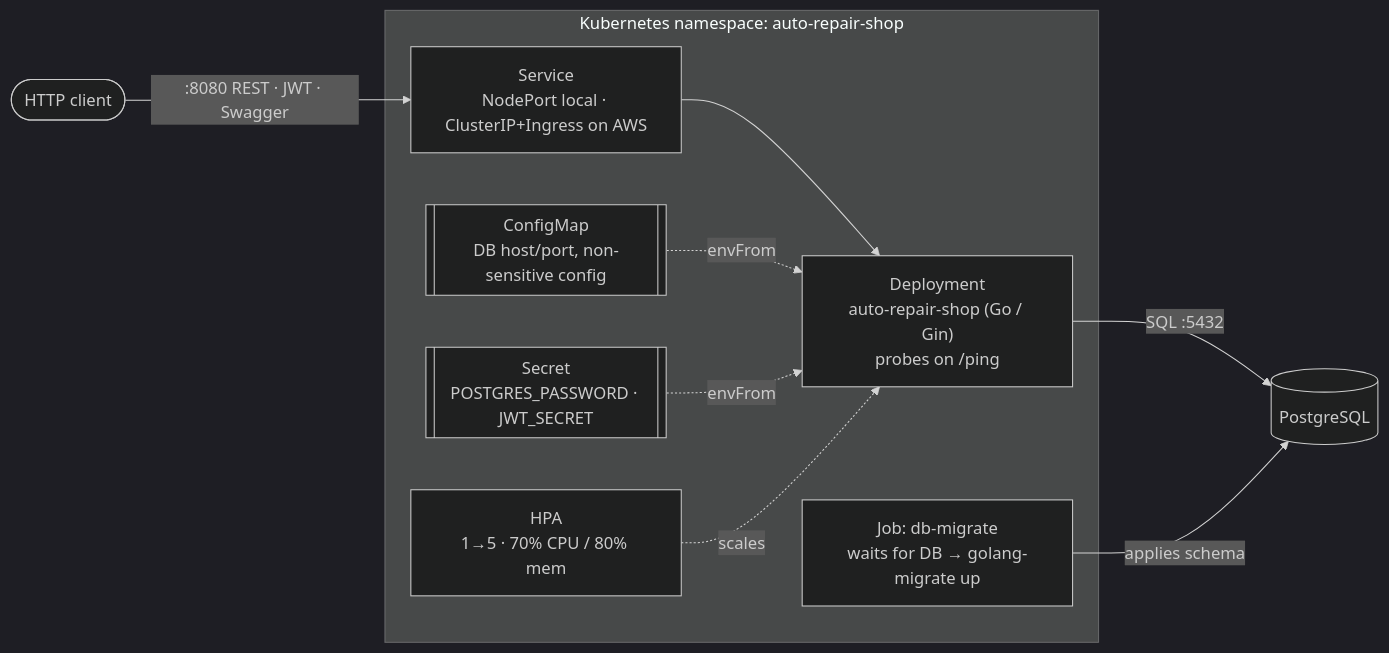
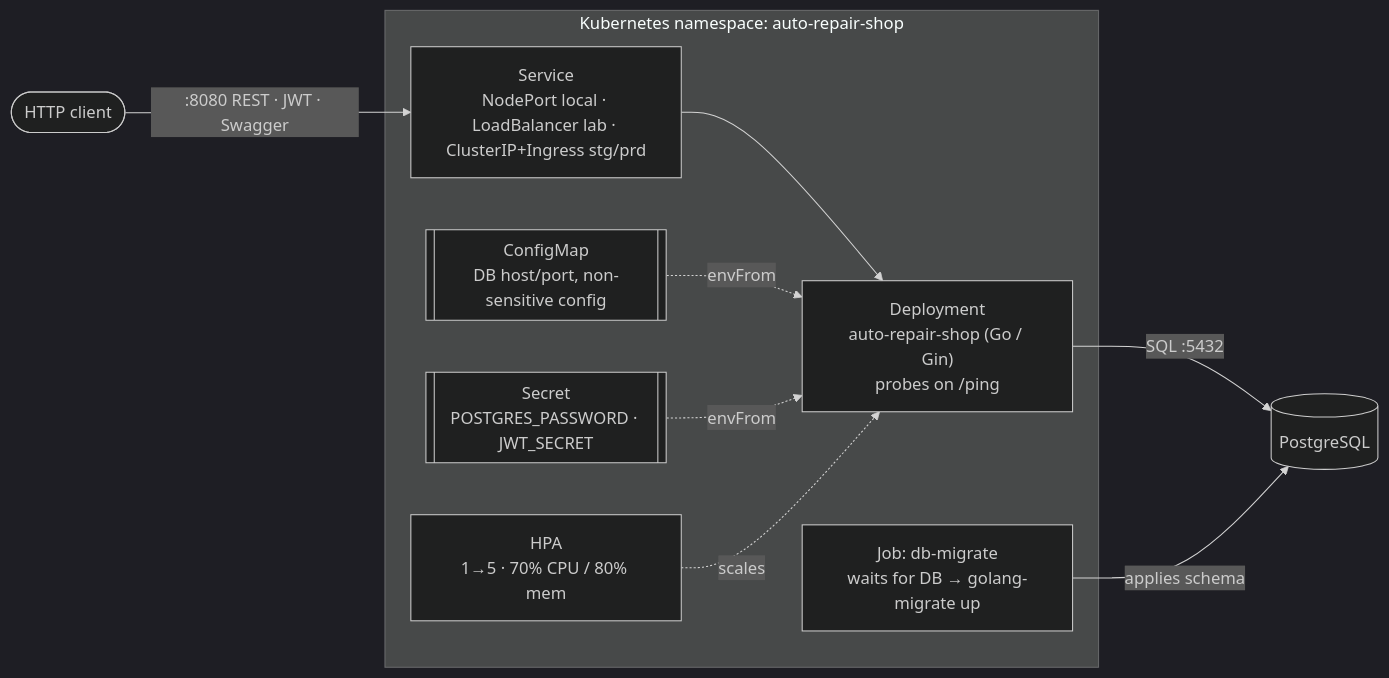
Before and after one commit to POS-FIAP-15SOAT-TEAM-DARK-MODE/auto-repair-shop: the first of 3 diagrams in README.md, drawn with Mermaid (dark theme). The commit also changed other lines of this file and 2 other files, not shown here.

````diff
--- a/README.md
+++ b/README.md
@@ -75,23 +84,23 @@
 ```mermaid
 flowchart LR
     client([HTTP client])
 
     subgraph ns["Kubernetes namespace: auto-repair-shop"]
         app["Deployment<br/>auto-repair-shop (Go / Gin)<br/>probes on /ping"]
-        svc["Service<br/>NodePort local · ClusterIP+Ingress on AWS"]
+        svc["Service<br/>NodePort local · LoadBalancer lab · ClusterIP+Ingress stg/prd"]
         cm[["ConfigMap<br/>DB host/port, non-sensitive config"]]
         sec[["Secret<br/>POSTGRES_PASSWORD · JWT_SECRET"]]
         hpa["HPA<br/>1→5 · 70% CPU / 80% mem"]
         job["Job: db-migrate<br/>waits for DB → golang-migrate up"]
 
         svc --> app
         cm -.envFrom.-> app
         sec -.envFrom.-> app
         hpa -.scales.-> app
     end
 
     db[("PostgreSQL")]
     client -->|":8080 REST · JWT · Swagger"| svc
     app -->|"SQL :5432"| db
     job -->|"applies schema"| db
 ```
````
